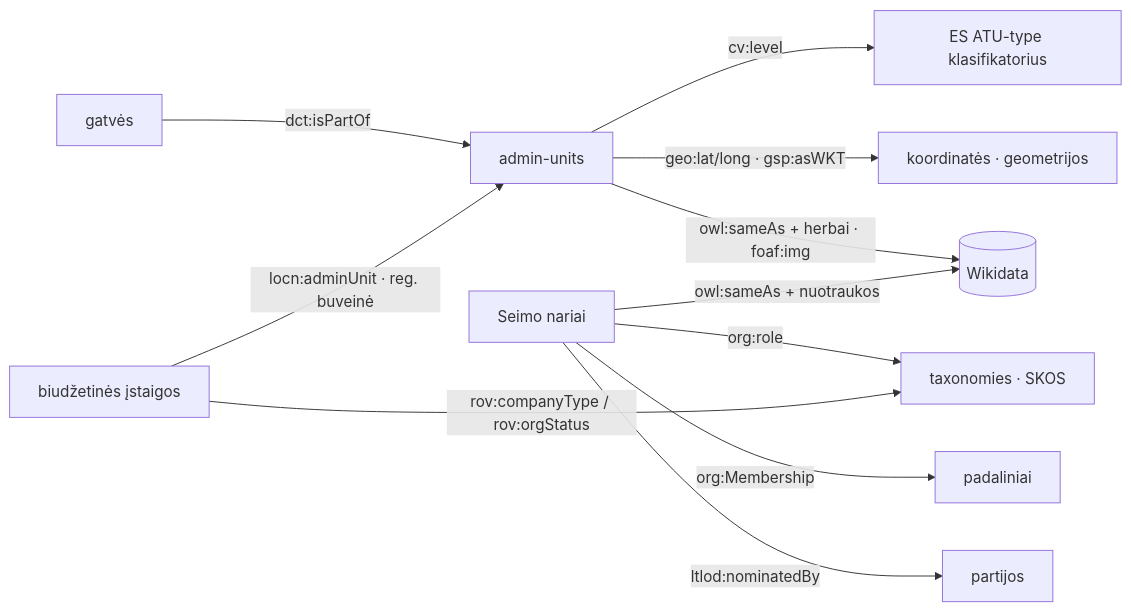
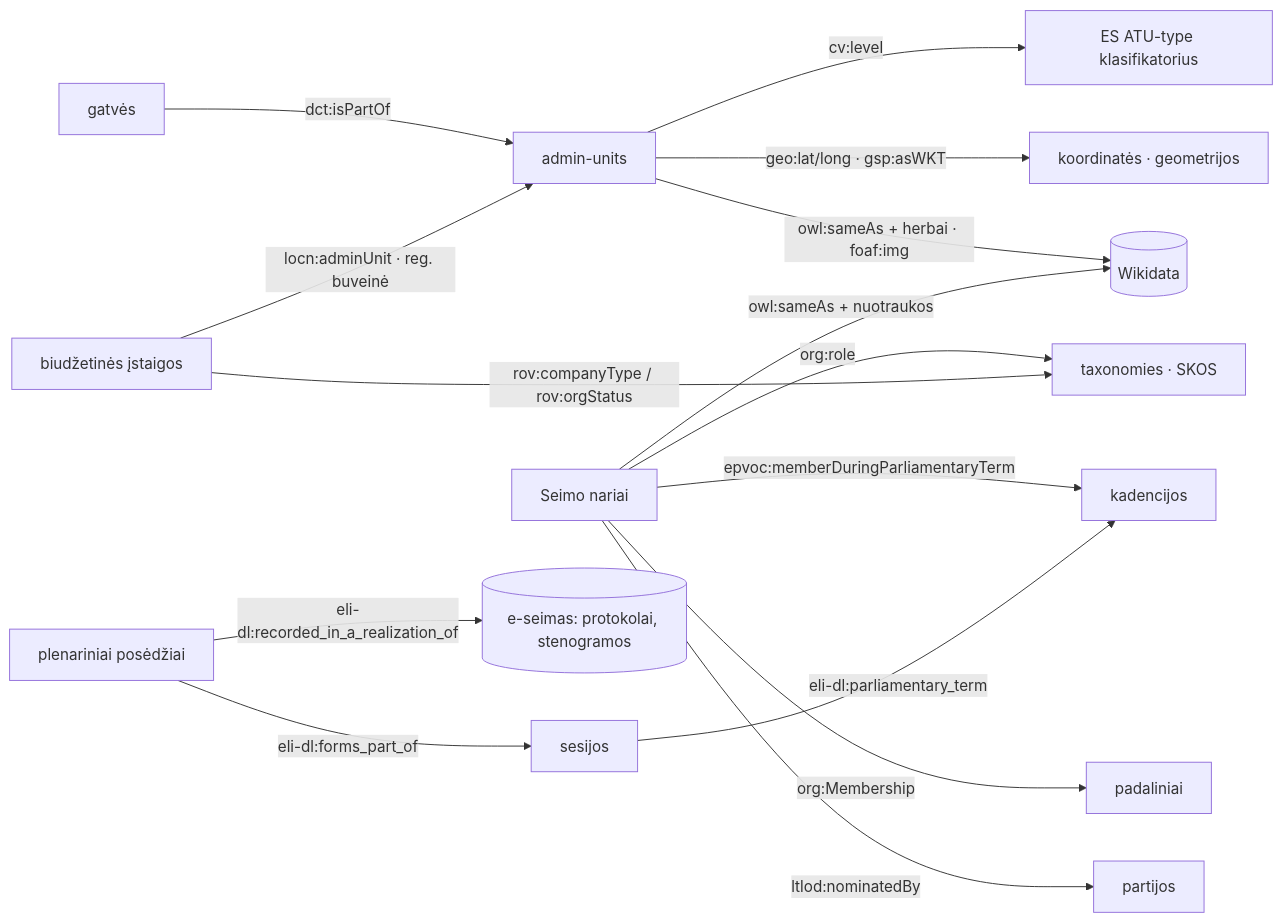
The second of 3 diagrams in README.md (AtomGraph/LTLOD), drawn with Mermaid before and after one commit. The commit also changed other lines of this file and 6 other files, not shown here.

````diff
--- a/README.md
+++ b/README.md
@@ -83,13 +83,17 @@
 ```mermaid
 graph LR
     streets[gatvės] -->|dct:isPartOf| admin[admin-units]
     legal[biudžetinės įstaigos] -->|locn:adminUnit · reg. buveinė| admin
     seimas[Seimo nariai] -->|org:Membership| units[padaliniai]
     seimas -->|ltlod:nominatedBy| parties[partijos]
     seimas -->|org:role| tax[taxonomies · SKOS]
     legal -->|rov:companyType / rov:orgStatus| tax
     admin -->|cv:level| atu[ES ATU-type klasifikatorius]
     admin -->|geo:lat/long · gsp:asWKT| geo[koordinatės · geometrijos]
     admin -->|owl:sameAs + herbai · foaf:img| wd[(Wikidata)]
     seimas -->|owl:sameAs + nuotraukos| wd
+    seimas -->|epvoc:memberDuringParliamentaryTerm| terms[kadencijos]
+    sittings[plenariniai posėdžiai] -->|eli-dl:forms_part_of| sessions[sesijos]
+    sessions -->|eli-dl:parliamentary_term| terms
+    sittings -->|eli-dl:recorded_in_a_realization_of| eseimas[(e-seimas: protokolai, stenogramos)]
 ```
````
